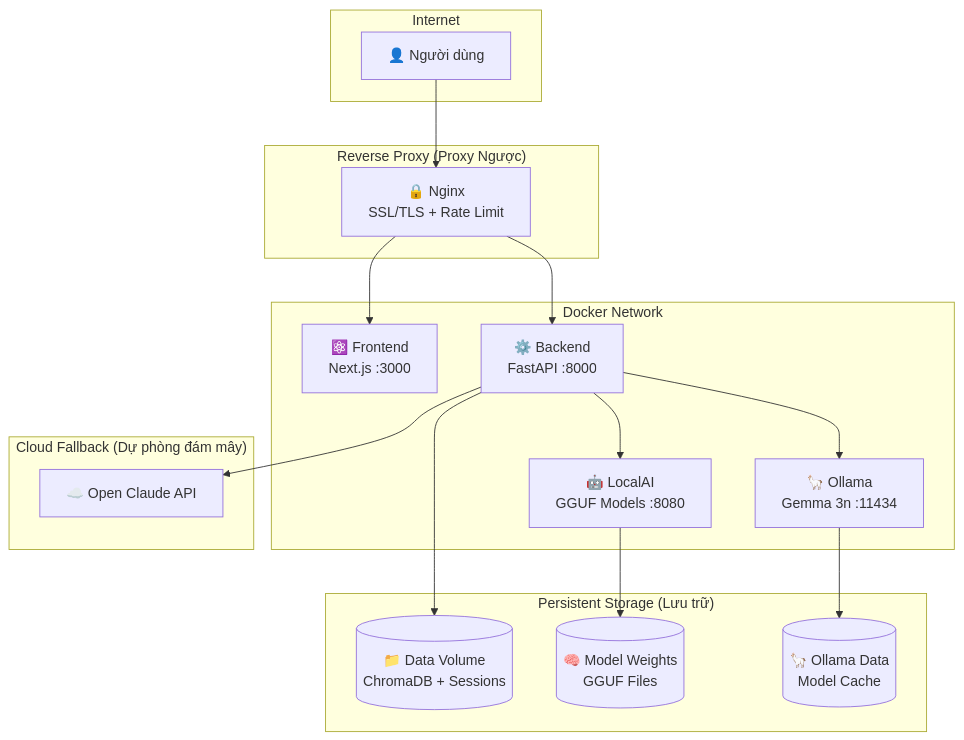
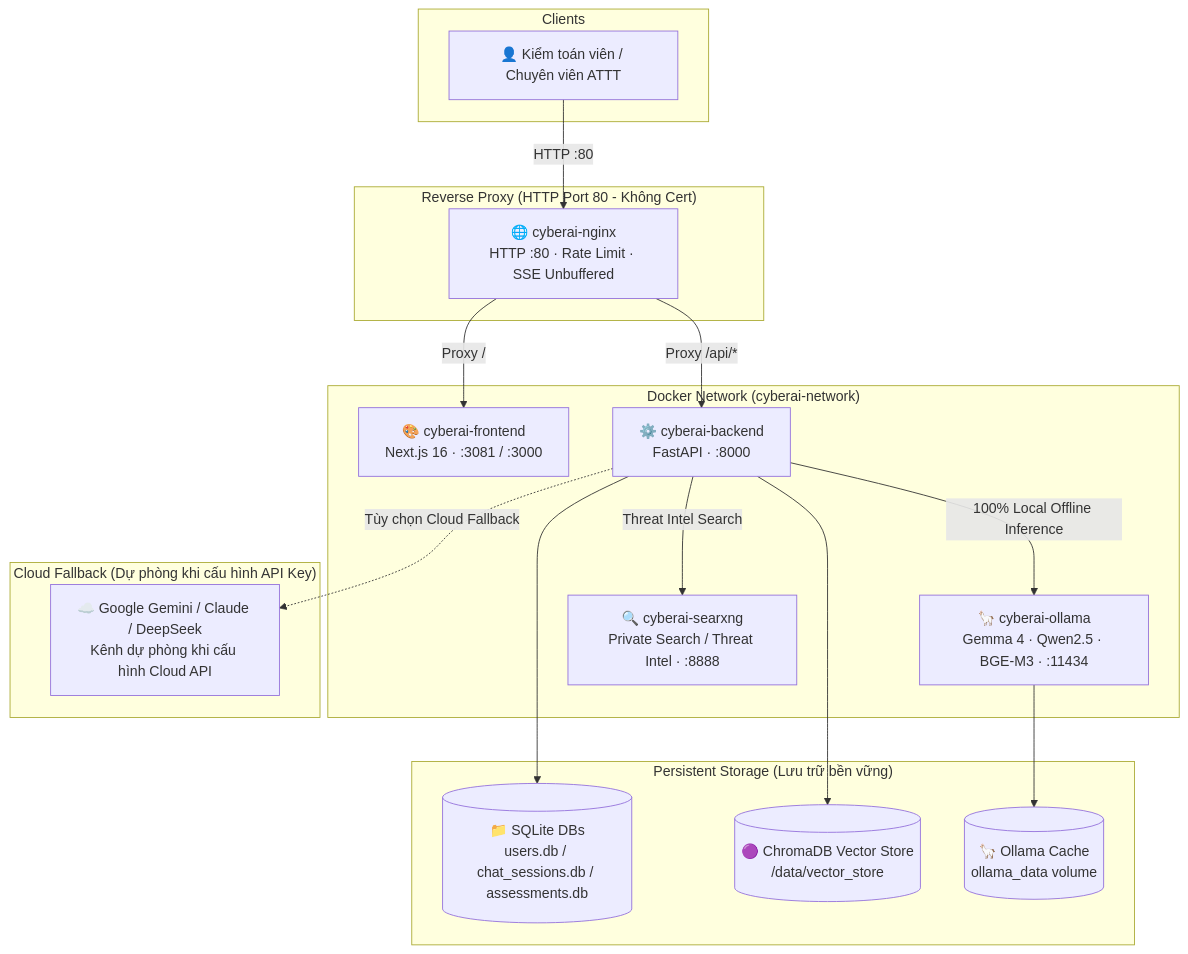
Before and after one commit to NghiaDinh03/CyberAI-Assessment-project: the diagram in docs/vi/deployment.md, drawn with Mermaid. The commit also changed other lines of this file and 94 other files, not shown here.

Commit message:
feat(pipeline): standardize unified assessment schema, runtime audit telemetry, masked evidence manifests, and artifact consistency validation

````diff
--- a/docs/vi/deployment.md
+++ b/docs/vi/deployment.md
@@ -29,37 +31,37 @@
 ```mermaid
 graph TB
-    subgraph "Internet"
-        USER[👤 Người dùng]
+    subgraph "Clients"
+        USER[👤 Kiểm toán viên / Chuyên viên ATTT]
     end
 
-    subgraph "Reverse Proxy (Proxy Ngược)"
-        NGINX[🔒 Nginx<br/>SSL/TLS + Rate Limit]
+    subgraph "Reverse Proxy (HTTP Port 80 - Không Cert)"
+        NGINX[🌐 cyberai-nginx<br/>HTTP :80 · Rate Limit · SSE Unbuffered]
     end
 
-    subgraph "Docker Network"
-        FE[⚛️ Frontend<br/>Next.js :3000]
-        BE[⚙️ Backend<br/>FastAPI :8000]
-        LAI[🤖 LocalAI<br/>GGUF Models :8080]
-        OLL[🦙 Ollama<br/>Gemma 3n :11434]
+    subgraph "Docker Network (cyberai-network)"
+        FE[🎨 cyberai-frontend<br/>Next.js 16 · :3081 / :3000]
+        BE[⚙️ cyberai-backend<br/>FastAPI · :8000]
+        OLL[🦙 cyberai-ollama<br/>Gemma 4 · Qwen2.5 · BGE-M3 · :11434]
+        SEARX[🔍 cyberai-searxng<br/>Private Search / Threat Intel · :8888]
     end
 
-    subgraph "Persistent Storage (Lưu trữ)"
-        DATA[(📁 Data Volume<br/>ChromaDB + Sessions)]
-        MODELS[(🧠 Model Weights<br/>GGUF Files)]
-        OLLDATA[(🦙 Ollama Data<br/>Model Cache)]
+    subgraph "Persistent Storage (Lưu trữ bền vững)"
+        SQLITE[(📁 SQLite DBs<br/>users.db / chat_sessions.db / assessments.db)]
+        VECTOR[(🟣 ChromaDB Vector Store<br/>/data/vector_store)]
+        OLLDATA[(🦙 Ollama Cache<br/>ollama_data volume)]
     end
 
-    subgraph "Cloud Fallback (Dự phòng đám mây)"
-        CLOUD[☁️ Open Claude API]
+    subgraph "Cloud Fallback (Dự phòng khi cấu hình API Key)"
+        CLOUD[☁️ Google Gemini / Claude / DeepSeek<br/>Kênh dự phòng khi cấu hình Cloud API]
     end
 
-    USER --> NGINX
-    NGINX --> FE
-    NGINX --> BE
-    BE --> LAI
-    BE --> OLL
-    BE --> CLOUD
-    LAI --> MODELS
-    BE --> DATA
+    USER -->|"HTTP :80"| NGINX
+    NGINX -->|"Proxy /"| FE
+    NGINX -->|"Proxy /api/*"| BE
+    BE -->|"100% Local Offline Inference"| OLL
+    BE -->|"Threat Intel Search"| SEARX
+    BE --> SQLITE
+    BE --> VECTOR
     OLL --> OLLDATA
+    BE -.->|"Tùy chọn Cloud Fallback"| CLOUD
 ```
````
